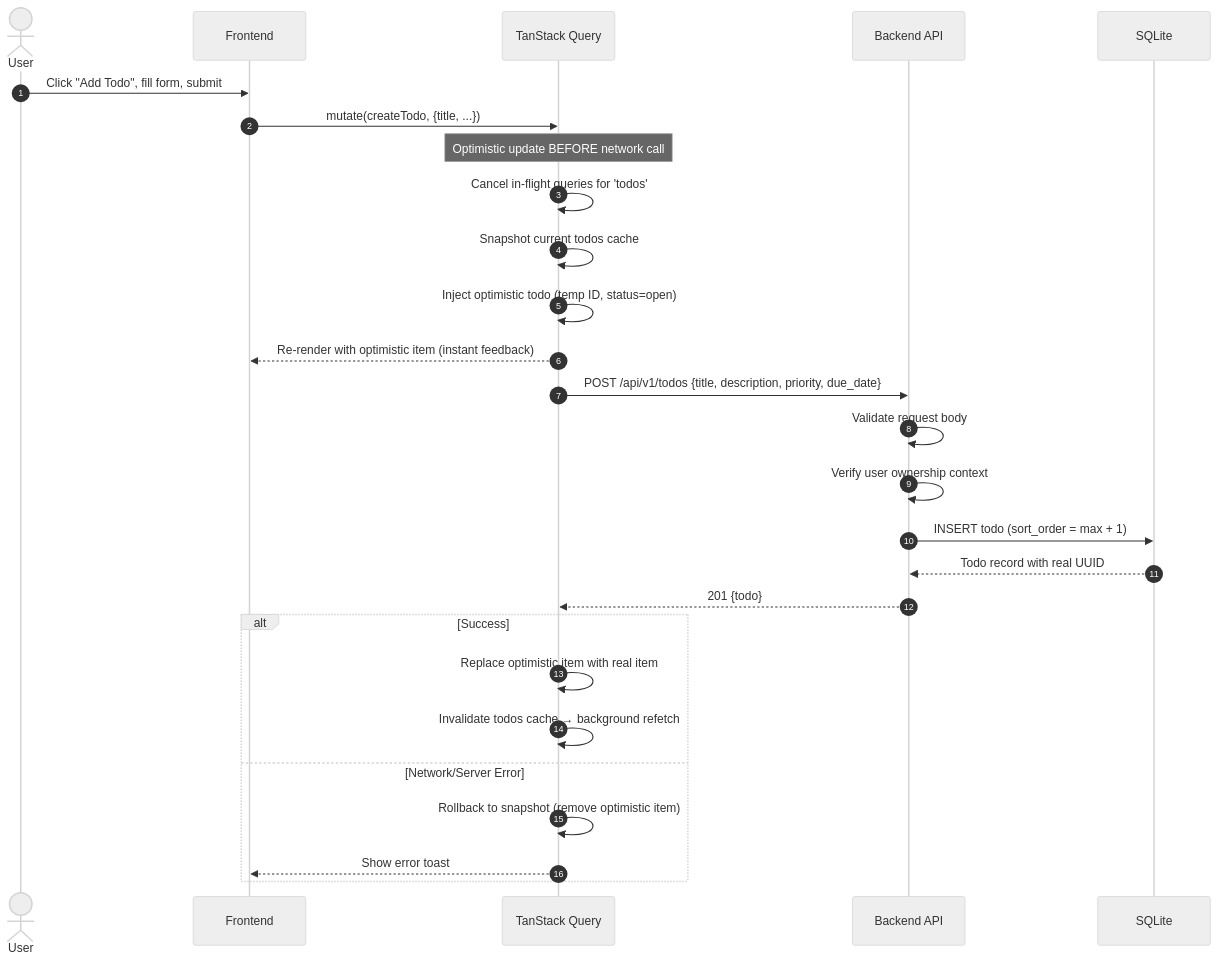
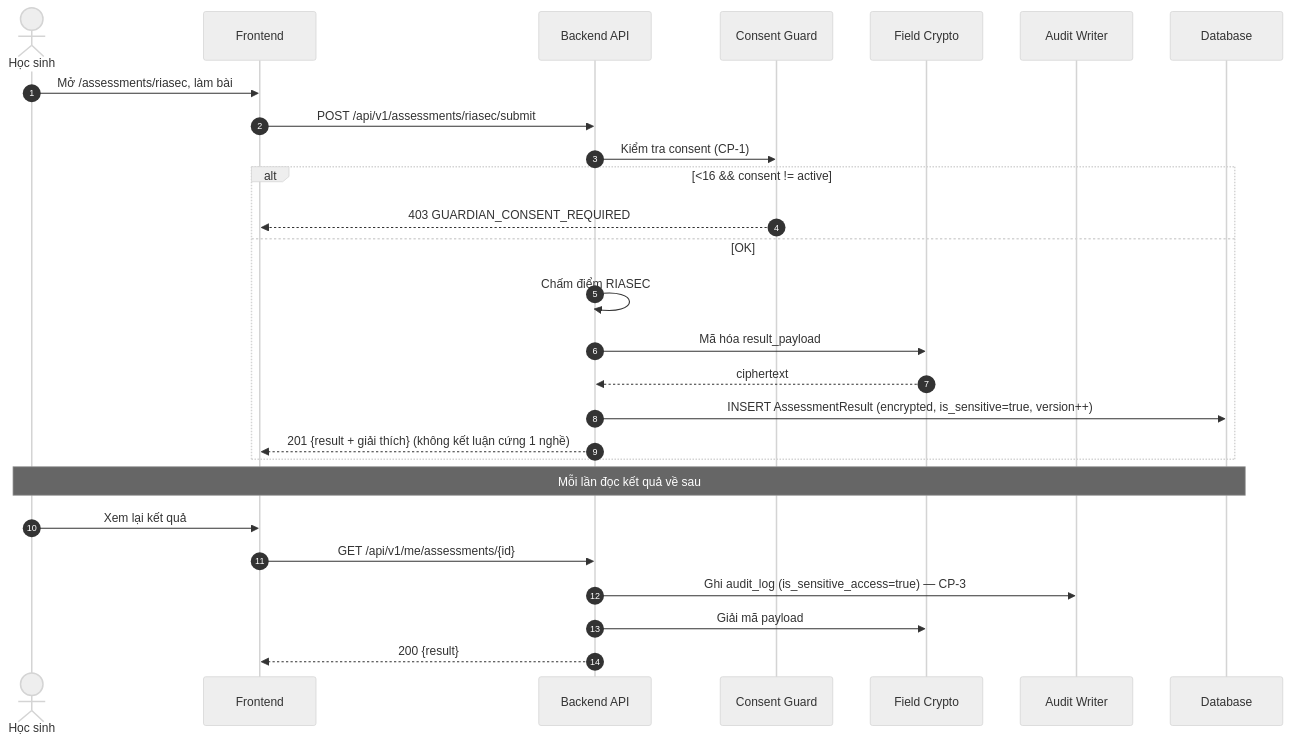
Before and after one commit to quangtanfet-commits/weup-career: the fifth of 8 diagrams in docs/architecture/sequence-diagrams.md, drawn with Mermaid (neutral theme). The commit also changed other lines of this file and 39 other files, not shown here.

````diff
--- a/docs/architecture/sequence-diagrams.md
+++ b/docs/architecture/sequence-diagrams.md
@@ -139,33 +132,31 @@
 ```mermaid
 sequenceDiagram
     autonumber
-    actor U as User
+    actor U as Học sinh
     participant FE as Frontend
-    participant Query as TanStack Query
     participant API as Backend API
-    participant DB as SQLite
+    participant CG as Consent Guard
+    participant CR as Field Crypto
+    participant AU as Audit Writer
+    participant DB as Database
 
-    U->>FE: Click "Add Todo", fill form, submit
-    FE->>Query: mutate(createTodo, {title, ...})
-    
-    Note over Query: Optimistic update BEFORE network call
-    Query->>Query: Cancel in-flight queries for 'todos'
-    Query->>Query: Snapshot current todos cache
-    Query->>Query: Inject optimistic todo (temp ID, status=open)
-    Query-->>FE: Re-render with optimistic item (instant feedback)
-    
-    Query->>API: POST /api/v1/todos {title, description, priority, due_date}
-    API->>API: Validate request body
-    API->>API: Verify user ownership context
-    API->>DB: INSERT todo (sort_order = max + 1)
-    DB-->>API: Todo record with real UUID
-    API-->>Query: 201 {todo}
-    
-    alt Success
-        Query->>Query: Replace optimistic item with real item
-        Query->>Query: Invalidate todos cache → background refetch
-    else Network/Server Error
-        Query->>Query: Rollback to snapshot (remove optimistic item)
-        Query-->>FE: Show error toast
+    U->>FE: Mở /assessments/riasec, làm bài
+    FE->>API: POST /api/v1/assessments/riasec/submit
+    API->>CG: Kiểm tra consent (CP-1)
+    alt <16 && consent != active
+        CG-->>FE: 403 GUARDIAN_CONSENT_REQUIRED
+    else OK
+        API->>API: Chấm điểm RIASEC
+        API->>CR: Mã hóa result_payload
+        CR-->>API: ciphertext
+        API->>DB: INSERT AssessmentResult (encrypted, is_sensitive=true, version++)
+        API-->>FE: 201 {result + giải thích} (không kết luận cứng 1 nghề)
     end
+
+    Note over U,DB: Mỗi lần đọc kết quả về sau
+    U->>FE: Xem lại kết quả
+    FE->>API: GET /api/v1/me/assessments/{id}
+    API->>AU: Ghi audit_log (is_sensitive_access=true) — CP-3
+    API->>CR: Giải mã payload
+    API-->>FE: 200 {result}
 ```
````
